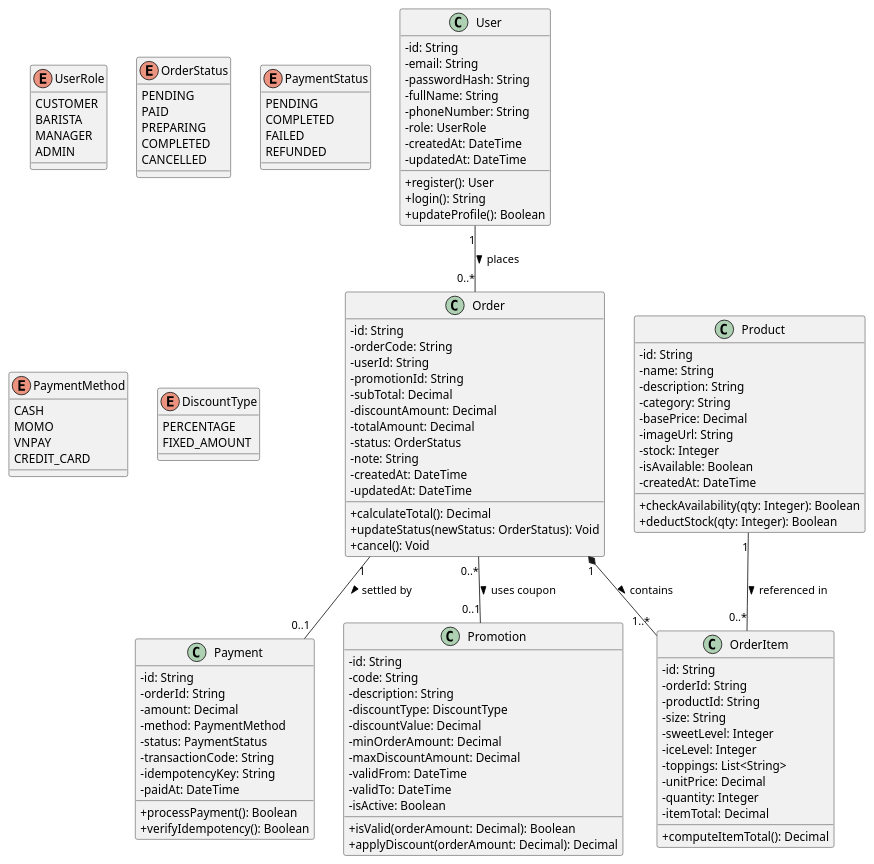
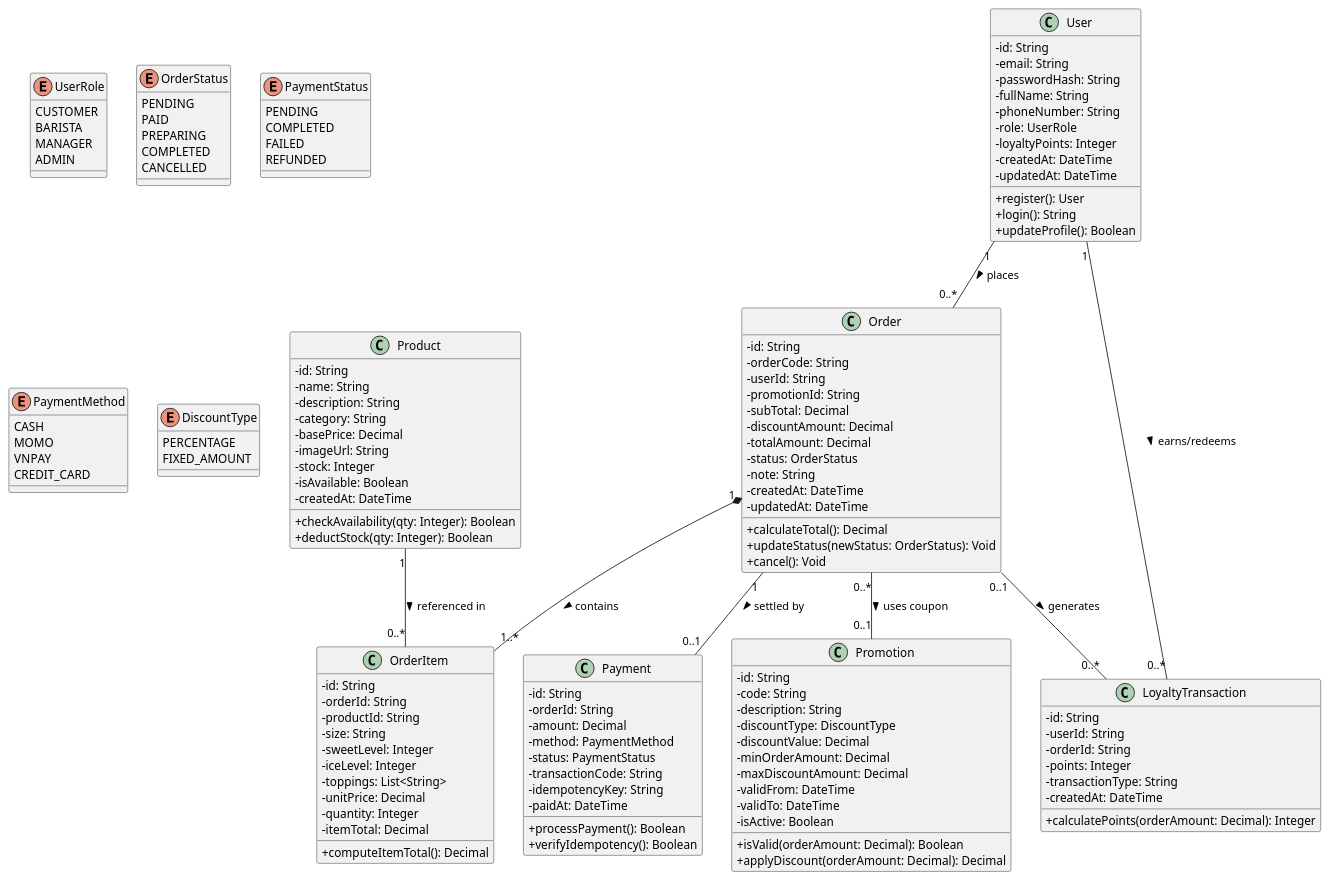
Before and after one commit to thanhkhoa087/brewlite-1: the diagram in docs/diagrams/class-diagram.puml, drawn with PlantUML. The commit also changed 59 other files, not shown here.

Commit message:
feat: finalize BOM inventory, anti-price-tampering, cancel flow, tests, CI/CD, and Postman suite

```diff
--- a/docs/diagrams/class-diagram.puml
+++ b/docs/diagrams/class-diagram.puml
@@ -1,132 +1,145 @@
 @startuml class-diagram
 skinparam classAttributeIconSize 0
 
 enum UserRole {
   CUSTOMER
   BARISTA
   MANAGER
   ADMIN
 }
 
 enum OrderStatus {
   PENDING
   PAID
   PREPARING
   COMPLETED
   CANCELLED
 }
 
 enum PaymentStatus {
   PENDING
   COMPLETED
   FAILED
   REFUNDED
 }
 
 enum PaymentMethod {
   CASH
   MOMO
   VNPAY
   CREDIT_CARD
 }
 
 enum DiscountType {
   PERCENTAGE
   FIXED_AMOUNT
 }
 
 class User {
   - id: String
   - email: String
   - passwordHash: String
   - fullName: String
   - phoneNumber: String
   - role: UserRole
+  - loyaltyPoints: Integer
   - createdAt: DateTime
   - updatedAt: DateTime
   + register(): User
   + login(): String
   + updateProfile(): Boolean
 }
 
 class Product {
   - id: String
   - name: String
   - description: String
   - category: String
   - basePrice: Decimal
   - imageUrl: String
   - stock: Integer
   - isAvailable: Boolean
   - createdAt: DateTime
   + checkAvailability(qty: Integer): Boolean
   + deductStock(qty: Integer): Boolean
 }
 
 class Order {
   - id: String
   - orderCode: String
   - userId: String
   - promotionId: String
   - subTotal: Decimal
   - discountAmount: Decimal
   - totalAmount: Decimal
   - status: OrderStatus
   - note: String
   - createdAt: DateTime
   - updatedAt: DateTime
   + calculateTotal(): Decimal
   + updateStatus(newStatus: OrderStatus): Void
   + cancel(): Void
 }
 
 class OrderItem {
   - id: String
   - orderId: String
   - productId: String
   - size: String
   - sweetLevel: Integer
   - iceLevel: Integer
   - toppings: List<String>
   - unitPrice: Decimal
   - quantity: Integer
   - itemTotal: Decimal
   + computeItemTotal(): Decimal
 }
 
 class Payment {
   - id: String
   - orderId: String
   - amount: Decimal
   - method: PaymentMethod
   - status: PaymentStatus
   - transactionCode: String
   - idempotencyKey: String
   - paidAt: DateTime
   + processPayment(): Boolean
   + verifyIdempotency(): Boolean
 }
 
 class Promotion {
   - id: String
   - code: String
   - description: String
   - discountType: DiscountType
   - discountValue: Decimal
   - minOrderAmount: Decimal
   - maxDiscountAmount: Decimal
   - validFrom: DateTime
   - validTo: DateTime
   - isActive: Boolean
   + isValid(orderAmount: Decimal): Boolean
   + applyDiscount(orderAmount: Decimal): Decimal
 }
 
+class LoyaltyTransaction {
+  - id: String
+  - userId: String
+  - orderId: String
+  - points: Integer
+  - transactionType: String
+  - createdAt: DateTime
+  + calculatePoints(orderAmount: Decimal): Integer
+}
+
 ' Relationships & Multiplicities
 User "1" -- "0..*" Order : places >
 Order "1" *-- "1..*" OrderItem : contains >
 Product "1" -- "0..*" OrderItem : referenced in >
 Order "1" -- "0..1" Payment : settled by >
 Order "0..*" -- "0..1" Promotion : uses coupon >
+User "1" -- "0..*" LoyaltyTransaction : earns/redeems >
+Order "0..1" -- "0..*" LoyaltyTransaction : generates >
 
 @enduml
```
